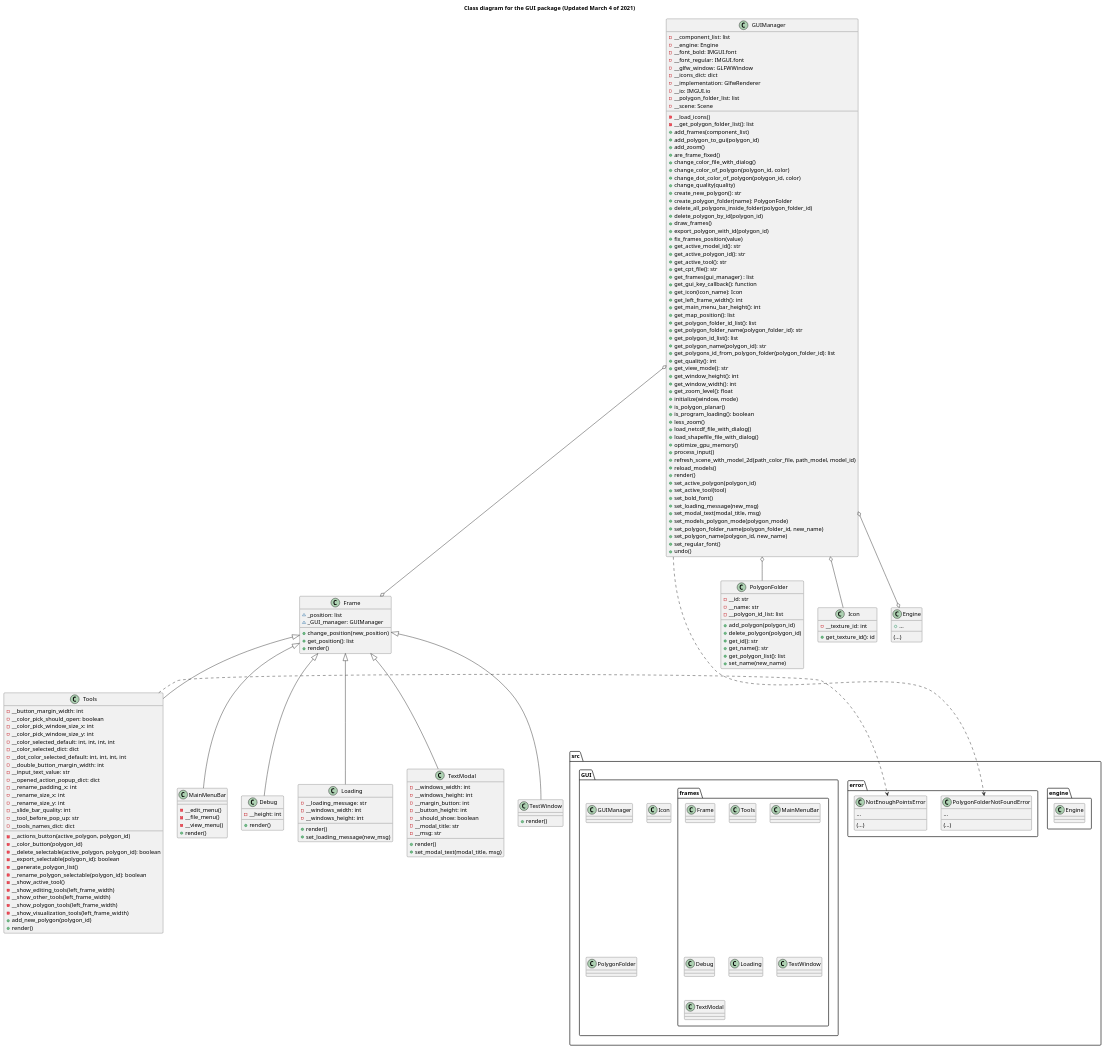
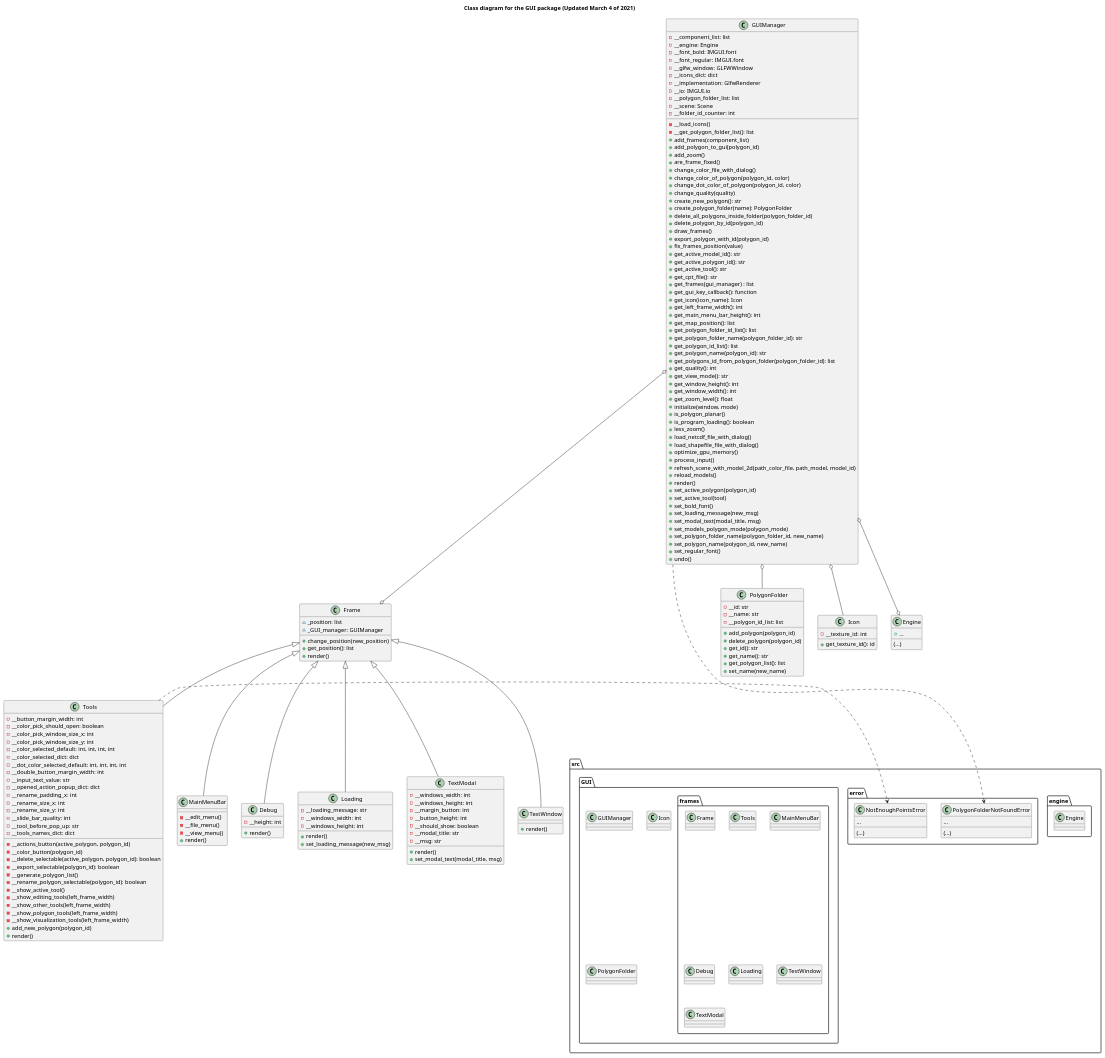
Before and after one commit to ferpoble2/Relief_Creator: the diagram in docs/gui_package.puml, drawn with PlantUML. The commit also changed 1 other file, not shown here.

Commit message:
Added folder ID counter to the guimanager class to not repeat ids when creating new folders

```diff
--- a/docs/gui_package.puml
+++ b/docs/gui_package.puml
@@ -62,6 +62,7 @@
     - __io: IMGUI.io
     - __polygon_folder_list: list
     - __scene: Scene
+    - __folder_id_counter: int
 
     - __load_icons()
     - __get_polygon_folder_list(): list
```
